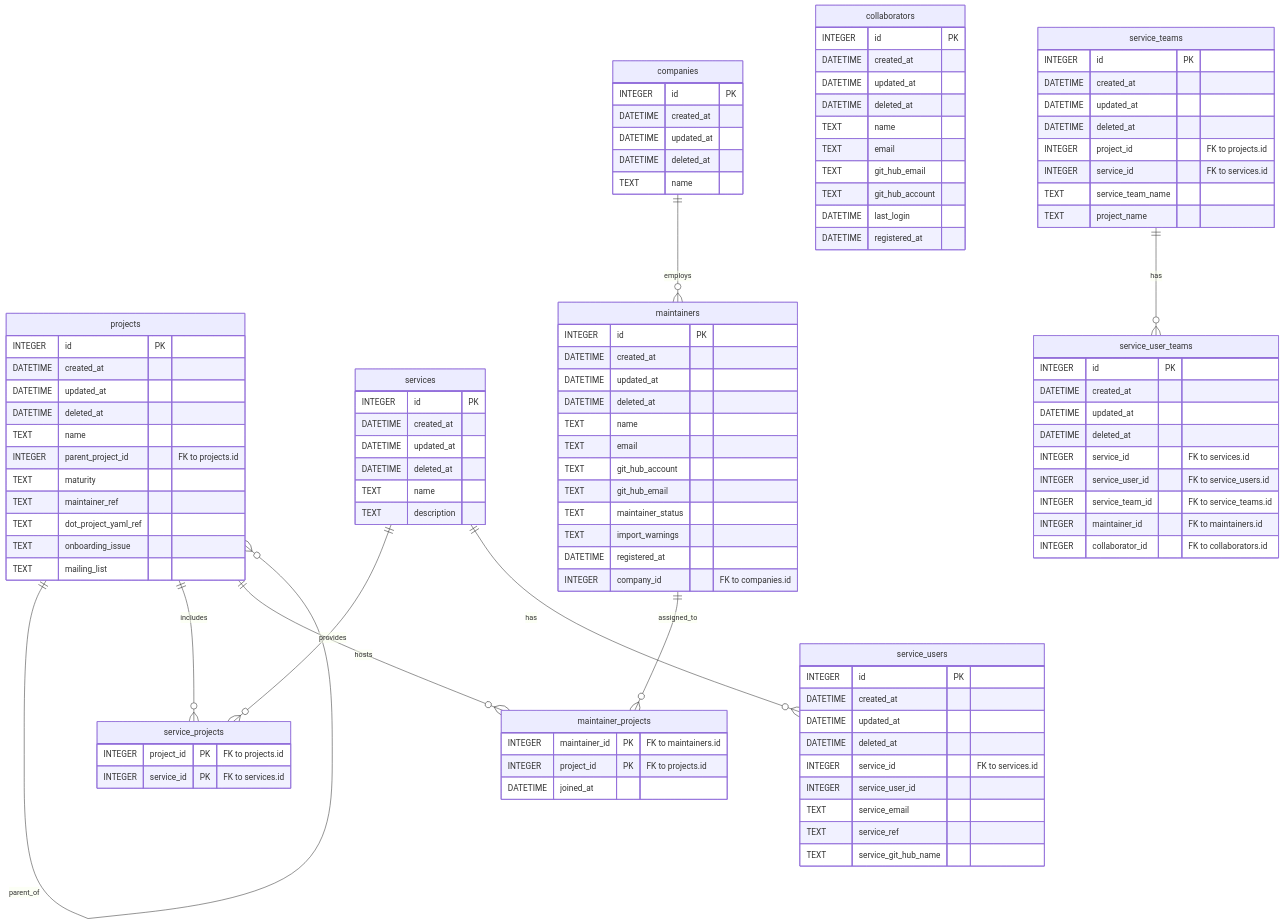
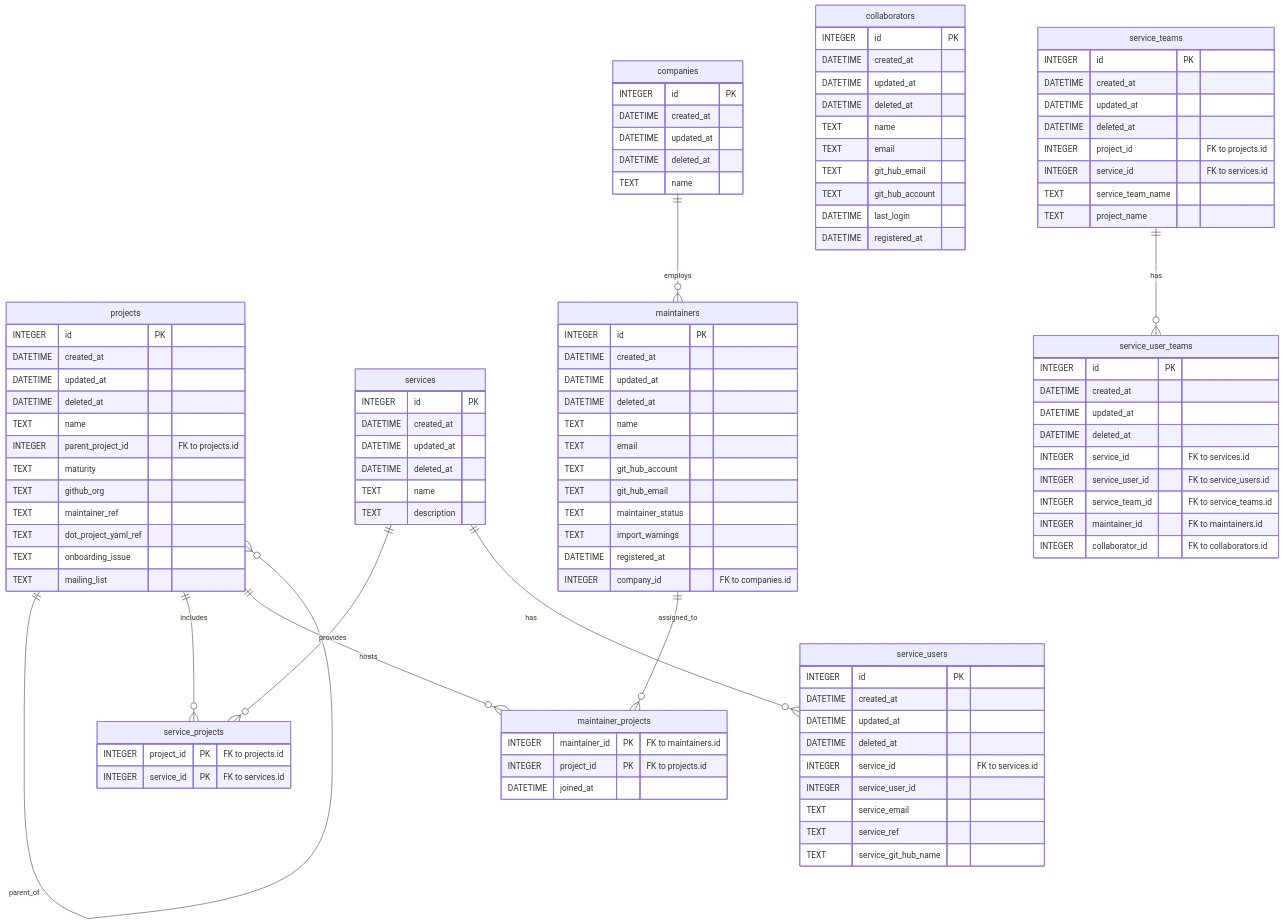
The second of 2 diagrams in deploy/README.MD (julioc-p/maintainer-d), drawn with Mermaid before and after one commit. The commit also changed 1 other file, not shown here.

Commit message:
adds GitHubOrg to Project in the domain model

```diff
--- a/deploy/README.MD
+++ b/deploy/README.MD
@@ -53,6 +53,7 @@
         TEXT name
         INTEGER parent_project_id "FK to projects.id"
         TEXT maturity
+        TEXT github_org
         TEXT maintainer_ref
         TEXT dot_project_yaml_ref
         TEXT onboarding_issue
```
